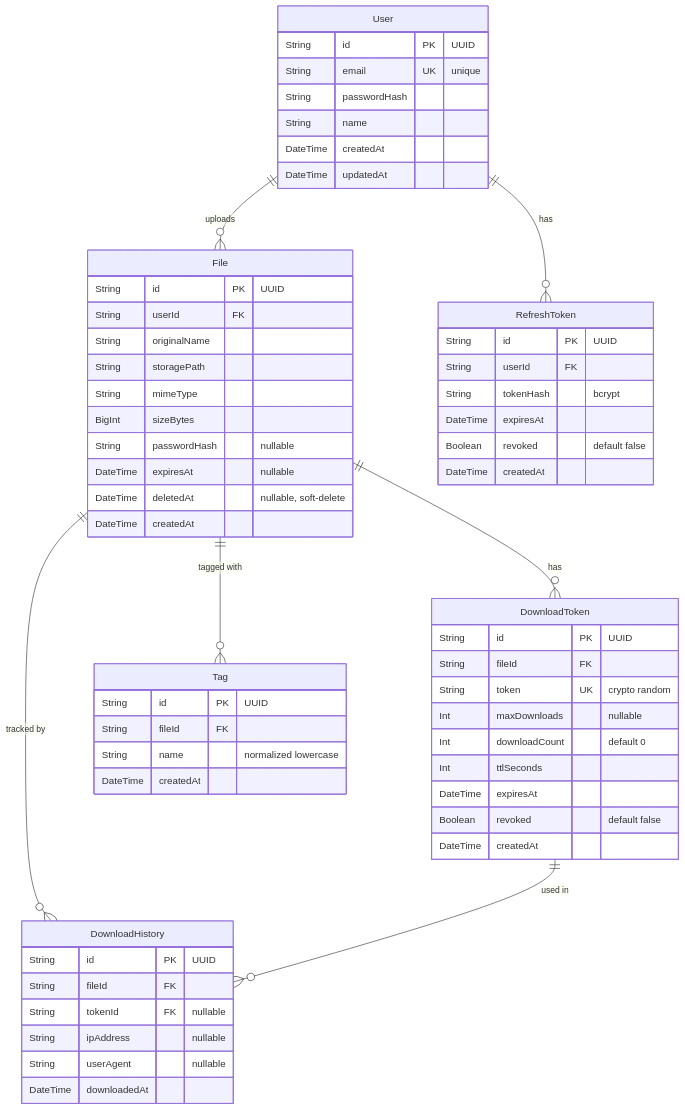
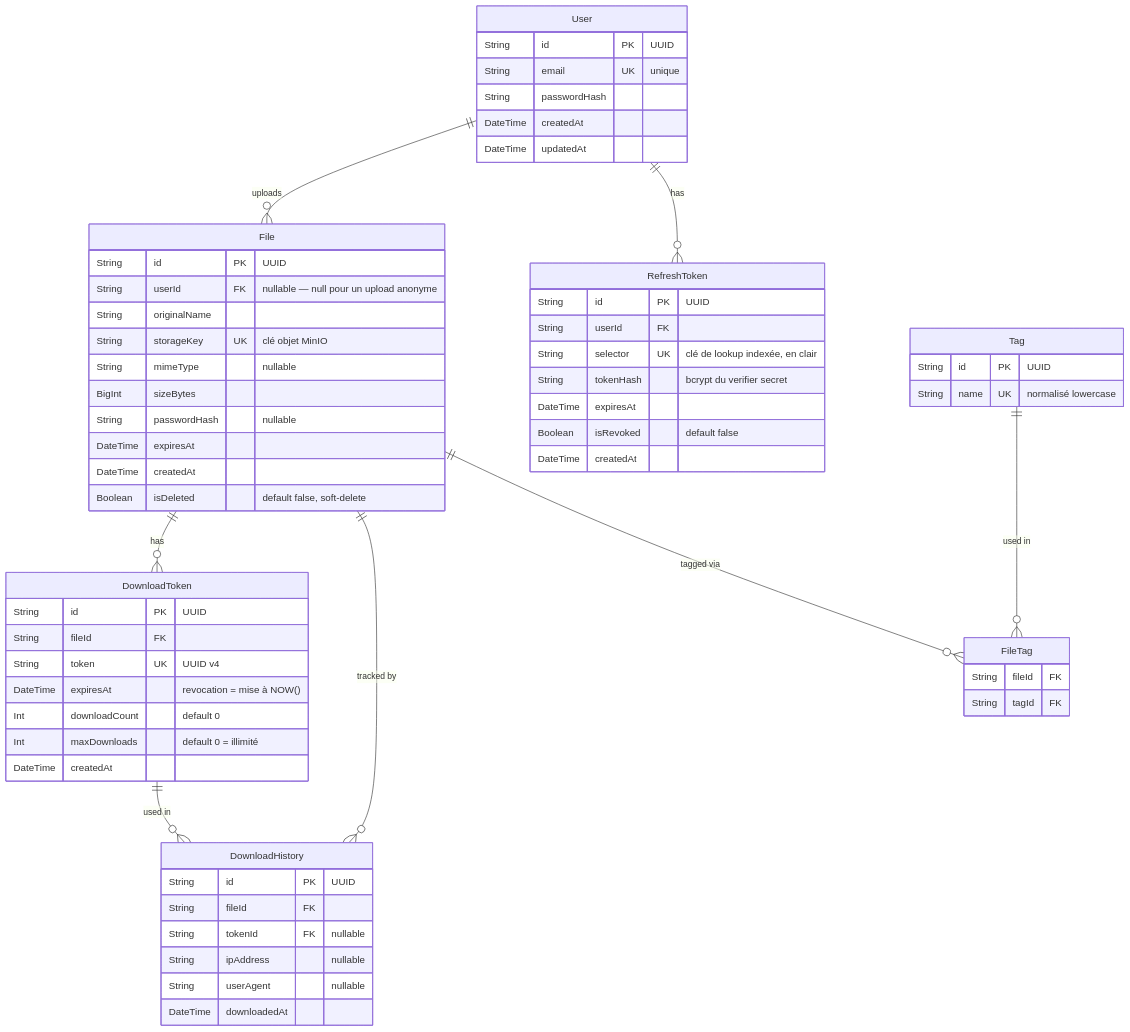
One commit to OC-Expert-DevOps/P3-OC-software-development-management changed the second of 2 diagrams in docs/technical-documentation.md. Above: the diagram before and after it, drawn with Mermaid. The commit also changed other lines of this file and 22 other files, not shown here.

````diff
--- a/docs/technical-documentation.md
+++ b/docs/technical-documentation.md
@@ -76,68 +79,70 @@
 ```mermaid
 erDiagram
     User ||--o{ File : "uploads"
     User ||--o{ RefreshToken : "has"
     File ||--o{ DownloadToken : "has"
-    File ||--o{ Tag : "tagged with"
     File ||--o{ DownloadHistory : "tracked by"
+    File ||--o{ FileTag : "tagged via"
+    Tag ||--o{ FileTag : "used in"
     DownloadToken ||--o{ DownloadHistory : "used in"
 
     User {
         String id PK "UUID"
         String email UK "unique"
         String passwordHash
-        String name
         DateTime createdAt
         DateTime updatedAt
     }
 
     File {
         String id PK "UUID"
-        String userId FK
+        String userId FK "nullable — null pour un upload anonyme"
         String originalName
-        String storagePath
-        String mimeType
+        String storageKey UK "clé objet MinIO"
+        String mimeType "nullable"
         BigInt sizeBytes
         String passwordHash "nullable"
-        DateTime expiresAt "nullable"
-        DateTime deletedAt "nullable, soft-delete"
+        DateTime expiresAt
         DateTime createdAt
+        Boolean isDeleted "default false, soft-delete"
     }
 
     DownloadToken {
         String id PK "UUID"
         String fileId FK
-        String token UK "crypto random"
-        Int maxDownloads "nullable"
+        String token UK "UUID v4"
+        DateTime expiresAt "revocation = mise à NOW()"
         Int downloadCount "default 0"
-        Int ttlSeconds
-        DateTime expiresAt
-        Boolean revoked "default false"
+        Int maxDownloads "default 0 = illimité"
         DateTime createdAt
     }
 
     RefreshToken {
         String id PK "UUID"
         String userId FK
-        String tokenHash "bcrypt"
+        String selector UK "clé de lookup indexée, en clair"
+        String tokenHash "bcrypt du verifier secret"
         DateTime expiresAt
-        Boolean revoked "default false"
+        Boolean isRevoked "default false"
         DateTime createdAt
     }
 
     Tag {
         String id PK "UUID"
+        String name UK "normalisé lowercase"
+    }
+
+    FileTag {
         String fileId FK
-        String name "normalized lowercase"
-        DateTime createdAt
+        String tagId FK
     }
 
     DownloadHistory {
         String id PK "UUID"
         String fileId FK
         String tokenId FK "nullable"
         String ipAddress "nullable"
         String userAgent "nullable"
         DateTime downloadedAt
     }
 ```
````
